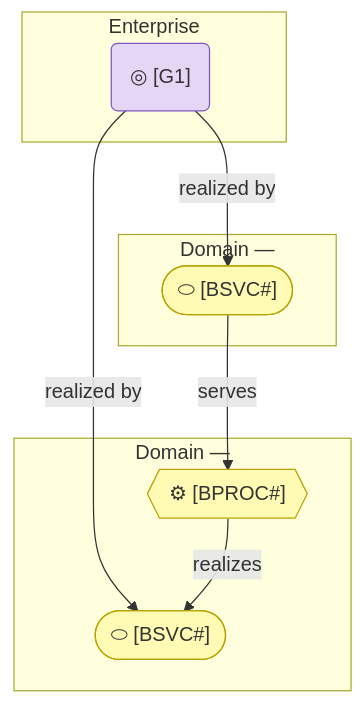
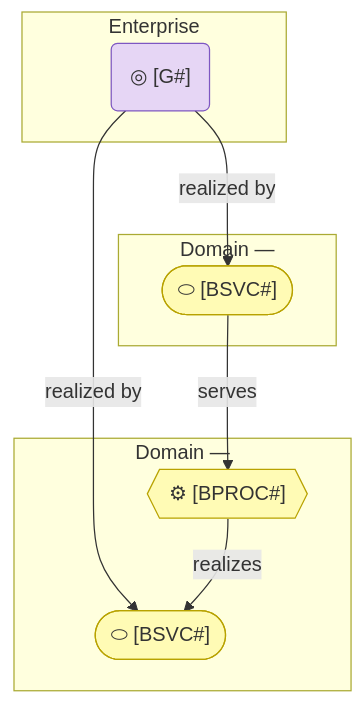
Before and after one commit to roanboc/archreator: the diagram in plugins/archreator/assets/layers/domains/README.md, drawn with Mermaid. The commit also changed other lines of this file and 68 other files, not shown here.

````diff
--- a/plugins/archreator/assets/layers/domains/README.md
+++ b/plugins/archreator/assets/layers/domains/README.md
@@ -134,23 +121,23 @@
 ```mermaid
 flowchart TB
   subgraph ENT["Enterprise"]
-    goal("◎ <What the whole organization is for> [G1]"):::motivation
+    goal("◎ <What the whole organization is for> [G#]"):::motivation
   end
 
   subgraph D1["Domain — <name>"]
     d1svc(["⬭ <Exposed service> [BSVC#]"]):::business
   end
 
   subgraph D2["Domain — <name>"]
     d2svc(["⬭ <Exposed service> [BSVC#]"]):::business
     d2proc{{"⚙ <Internal — not exposed> [BPROC#]"}}:::business
   end
 
   goal -->|realized by| d1svc
   goal -->|realized by| d2svc
   d1svc -->|serves| d2proc
   d2proc -->|realizes| d2svc
 
   classDef motivation fill:#e6d6f5,stroke:#7e57c2,color:#333
   classDef business fill:#fffbb5,stroke:#b8a200,color:#333
 ```
````
